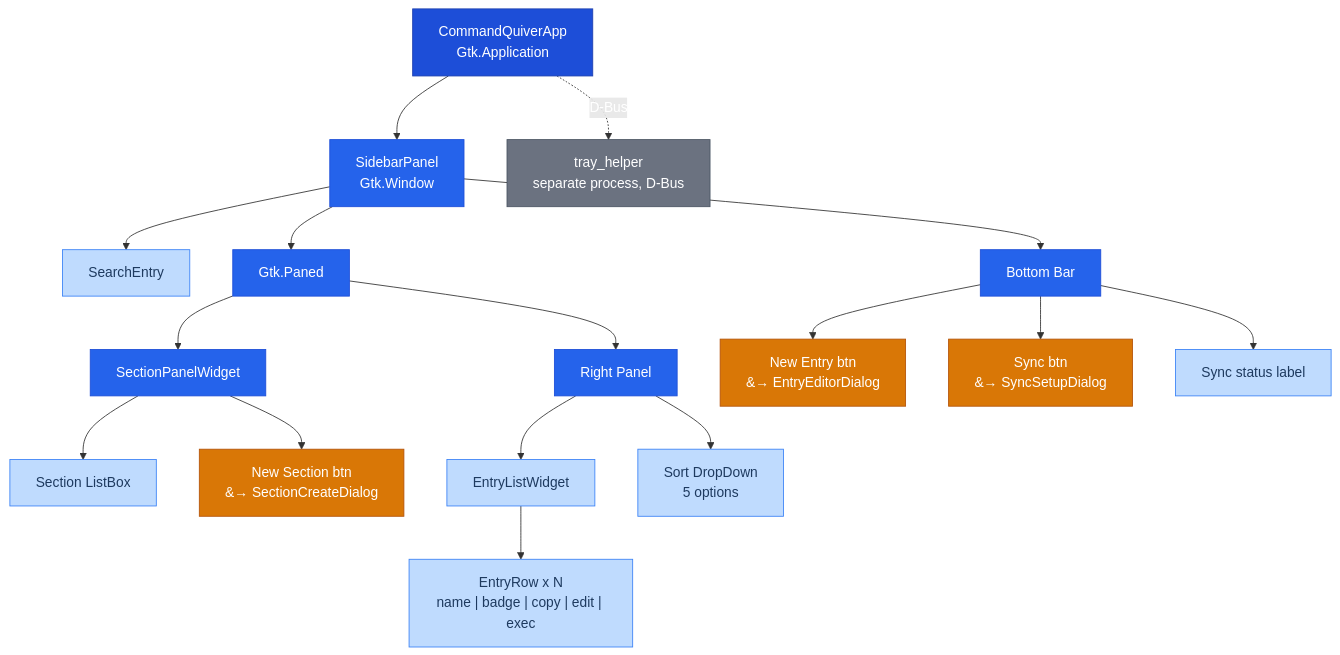
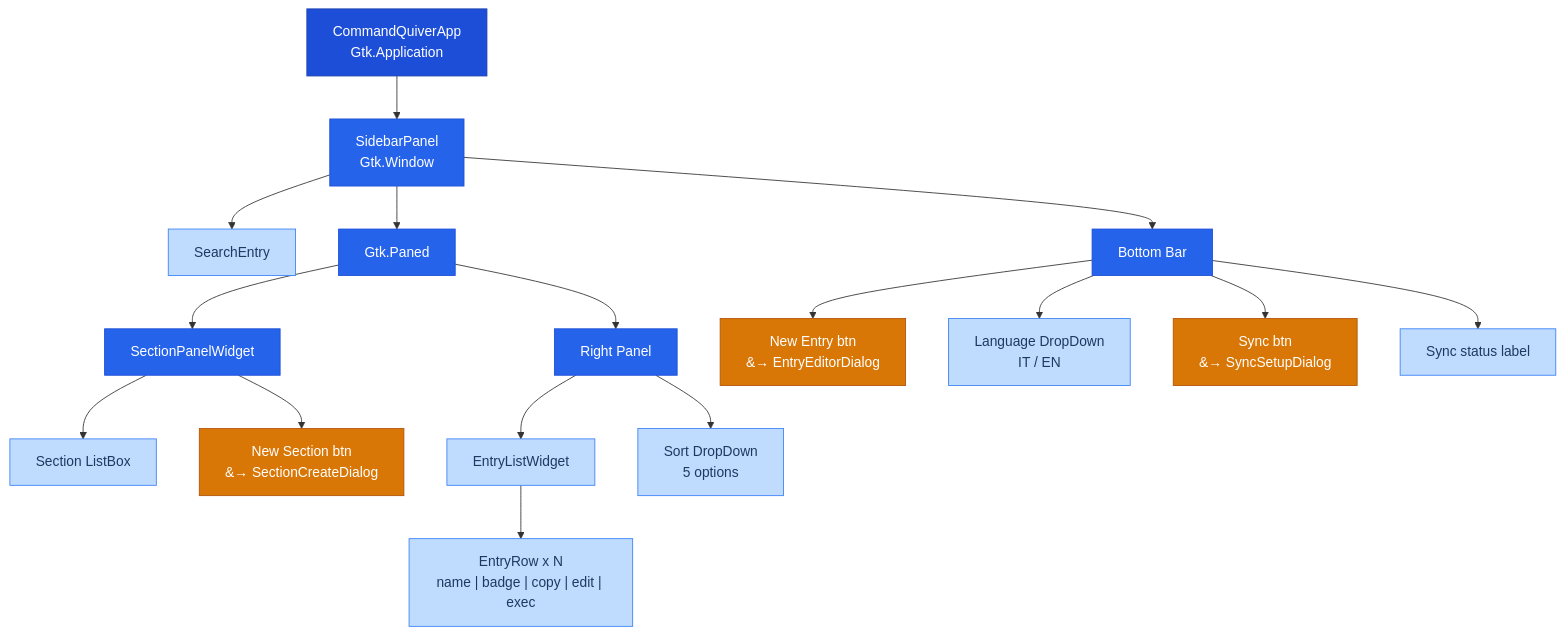
One commit to AndreaBonn/command-quiver changed the sixth of 6 diagrams in docs/ARCHITECTURE.md. Above: the diagram before and after it, drawn with Mermaid. The commit also changed other lines of this file and 14 other files, not shown here.

First line of the commit message:
feat!: remove system tray, switch language from the sidebar

````diff
--- a/docs/ARCHITECTURE.md
+++ b/docs/ARCHITECTURE.md
@@ -184,48 +179,46 @@
 ```mermaid
 %%{init: {'theme': 'default'}}%%
 graph TD
   app["CommandQuiverApp<br/>Gtk.Application"]
   sidebar["SidebarPanel<br/>Gtk.Window"]
   search["SearchEntry"]
   paned["Gtk.Paned"]
   section_panel["SectionPanelWidget"]
   section_list["Section ListBox"]
   new_section["New Section btn<br/>&#8594; SectionCreateDialog"]
   right_panel["Right Panel"]
   entry_list["EntryListWidget"]
   entry_row["EntryRow x N<br/>name | badge | copy | edit | exec"]
   sort_dd["Sort DropDown<br/>5 options"]
   bottom_bar["Bottom Bar"]
   new_entry["New Entry btn<br/>&#8594; EntryEditorDialog"]
+  lang_dd["Language DropDown<br/>IT / EN"]
   sync_btn["Sync btn<br/>&#8594; SyncSetupDialog"]
   sync_label["Sync status label"]
-  tray["tray_helper<br/>separate process, D-Bus"]
 
   app --> sidebar
-  app -.->|"D-Bus"| tray
   sidebar --> search
   sidebar --> paned
   sidebar --> bottom_bar
   paned --> section_panel
   paned --> right_panel
   section_panel --> section_list
   section_panel --> new_section
   right_panel --> entry_list
   right_panel --> sort_dd
   entry_list --> entry_row
   bottom_bar --> new_entry
+  bottom_bar --> lang_dd
   bottom_bar --> sync_btn
   bottom_bar --> sync_label
 
   classDef root fill:#1d4ed8,stroke:#1e40af,color:#fff
   classDef container fill:#2563eb,stroke:#1d4ed8,color:#fff
   classDef leaf fill:#bfdbfe,stroke:#3b82f6,color:#1e3a5f
-  classDef ext fill:#6b7280,stroke:#4b5563,color:#fff
   classDef action fill:#d97706,stroke:#b45309,color:#fff
 
   class app root
   class sidebar,paned,section_panel,right_panel,bottom_bar container
-  class search,section_list,entry_list,entry_row,sort_dd,sync_label leaf
-  class tray ext
+  class search,section_list,entry_list,entry_row,sort_dd,sync_label,lang_dd leaf
   class new_section,new_entry,sync_btn action
 ```
````
